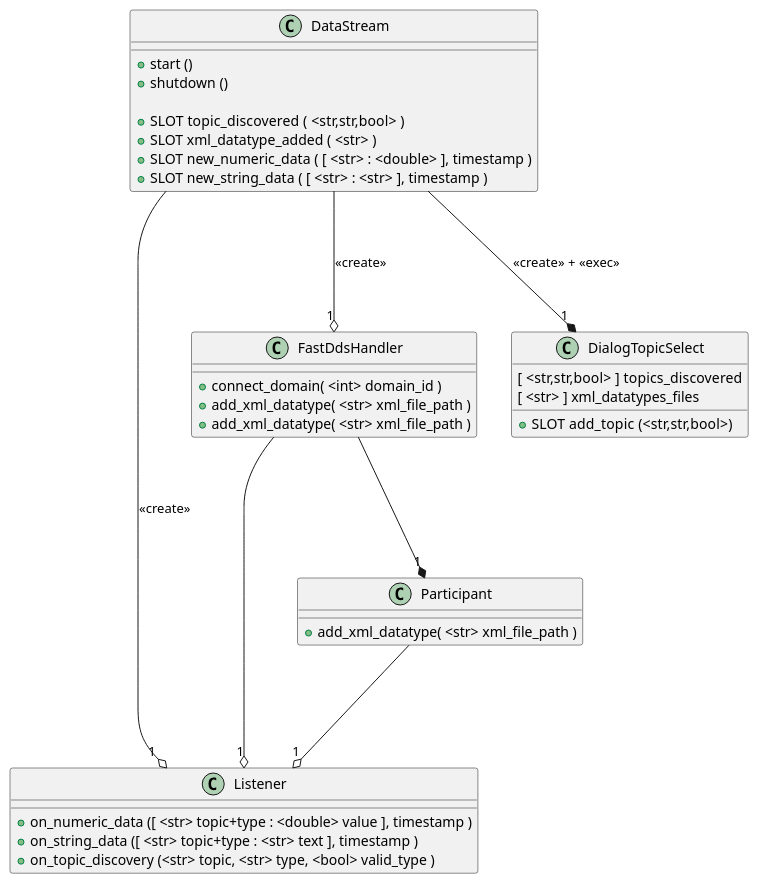
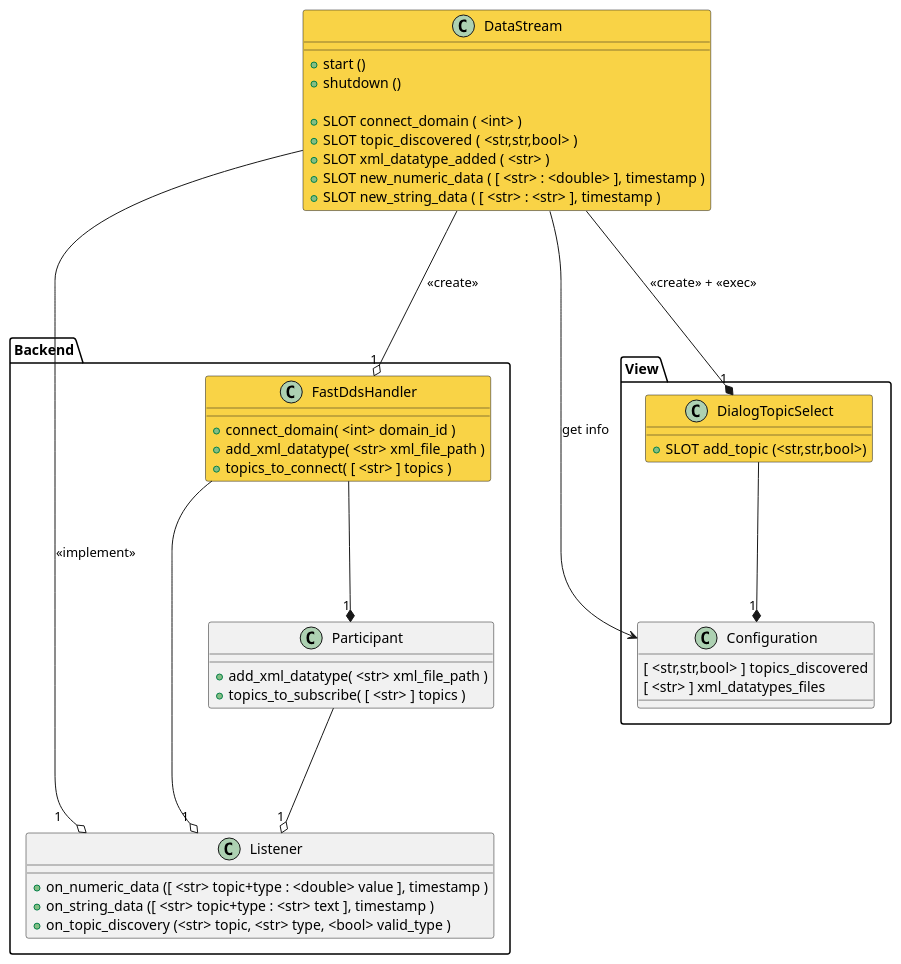
The diagram in .dev/design/datastream.plantuml (eProsima/fastdds-visualizer-plugin), drawn with PlantUML before and after one commit. The commit also changed 11 other files, not shown here.

Commit message:
Refs #14822: Partial compiling implementation of FastDDS entities

```diff
--- a/.dev/design/datastream.plantuml
+++ b/.dev/design/datastream.plantuml
@@ -2,61 +2,88 @@
 @startuml
+
+' ---------------------------------------------------------
+
+package Backend
+{
 
 class Listener
 {
     + on_numeric_data ([ <str> topic+type : <double> value ], timestamp )
     + on_string_data ([ <str> topic+type : <str> text ], timestamp )
     + on_topic_discovery (<str> topic, <str> type, <bool> valid_type )
 }
 
 ' ---------------------------------------------------------
 
 class Participant
 {
     + add_xml_datatype( <str> xml_file_path )
+    + topics_to_subscribe( [ <str> ] topics )
 }
 
 Participant  ---o  "1"  Listener
 
 ' ---------------------------------------------------------
 
-class FastDdsHandler
+class FastDdsHandler  #f9d346
 {
     + connect_domain( <int> domain_id )
     + add_xml_datatype( <str> xml_file_path )
-    + add_xml_datatype( <str> xml_file_path )
+    + topics_to_connect( [ <str> ] topics )
 }
 
 ' There will be only one FastDdsHandler, but Listener is not forced to
 ' belong to only one of them
 FastDdsHandler  ---o  "1"  Listener
 ' This may change in the future if multiple domains want to be shown at the same time
 FastDdsHandler  ---*  "1"  Participant
 
+}
+' package Backend
+
+' ---------------------------------------------------------
 ' ---------------------------------------------------------
 
-class DialogTopicSelect
+package View
+{
+
+' ---------------------------------------------------------
+
+class Configuration
 {
     [ <str,str,bool> ] topics_discovered
     [ <str> ] xml_datatypes_files
-
-    + SLOT add_topic (<str,str,bool>)
 }
 
 ' ---------------------------------------------------------
 
-class DataStream
+class DialogTopicSelect  #f9d346
+{
+    + SLOT add_topic (<str,str,bool>)
+}
+
+DialogTopicSelect  ---*  "1"  Configuration
+
+}
+' package Backend
+
+' ---------------------------------------------------------
+
+class DataStream  #f9d346
 {
     + start ()
     + shutdown ()
 
+    + SLOT connect_domain ( <int> )
     + SLOT topic_discovered ( <str,str,bool> )
     + SLOT xml_datatype_added ( <str> )
     + SLOT new_numeric_data ( [ <str> : <double> ], timestamp )
     + SLOT new_string_data ( [ <str> : <str> ], timestamp )
 }
 
-DataStream  ---o  "1"  Listener : <<create>>
+DataStream  ---o  "1"  Listener : <<implement>>
 DataStream  ---o  "1"  FastDdsHandler : <<create>>
+DataStream  --->  Configuration : get info
 DataStream  ---*  "1"  DialogTopicSelect : <<create>> + <<exec>>
 
 @enduml
```
